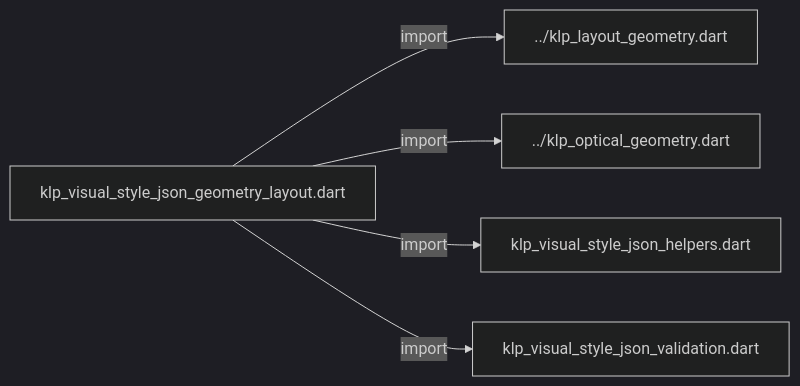
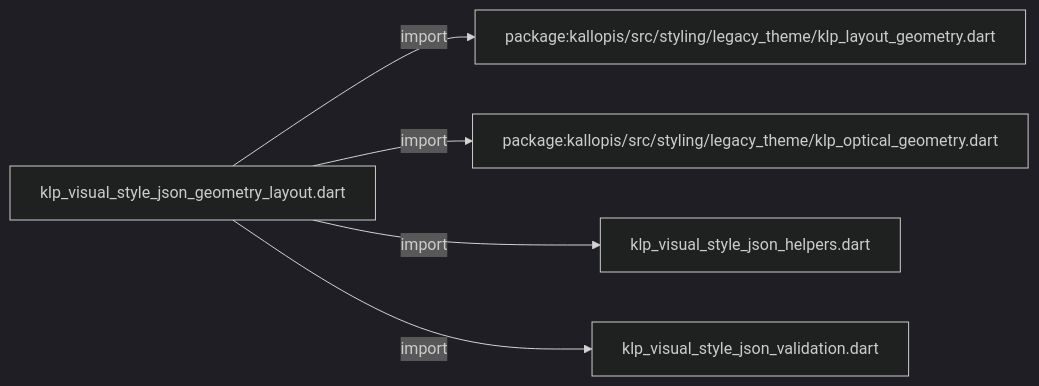
Before and after one commit to MiuDog/Kallopis: the diagram in docs/architecture/src/styling/legacy_theme/internal/klp_visual_style_json_geometry_layout.md, drawn with Mermaid (dark theme). The commit also changed other lines of this file and 9688 other files, not shown here.

Commit message:
Prepare isolated Flow F2 peer baseline

````diff
--- a/docs/architecture/src/styling/legacy_theme/internal/klp_visual_style_json_geometry_layout.md
+++ b/docs/architecture/src/styling/legacy_theme/internal/klp_visual_style_json_geometry_layout.md
@@ -11,12 +11,12 @@
 ```mermaid
 flowchart LR
 	n0["klp_visual_style_json_geometry_layout.dart"]
-	n1["../klp_layout_geometry.dart"]
-	n2["../klp_optical_geometry.dart"]
+	n1["package:kallopis/src/styling/legacy_theme/klp_layout_geometry.dart"]
+	n2["package:kallopis/src/styling/legacy_theme/klp_optical_geometry.dart"]
 	n3["klp_visual_style_json_helpers.dart"]
 	n4["klp_visual_style_json_validation.dart"]
 	n0 -->|"import"| n1
 	n0 -->|"import"| n2
 	n0 -->|"import"| n3
 	n0 -->|"import"| n4
 ```
````
